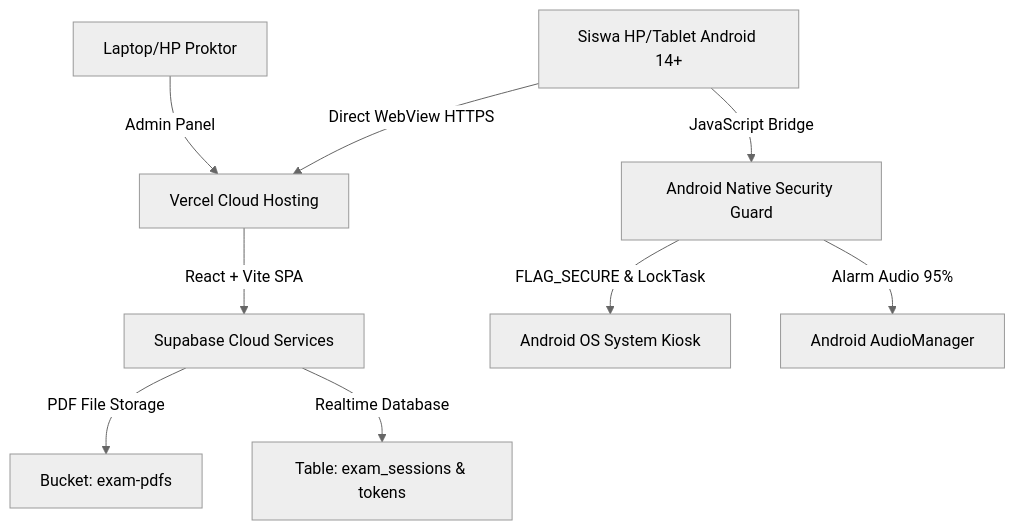
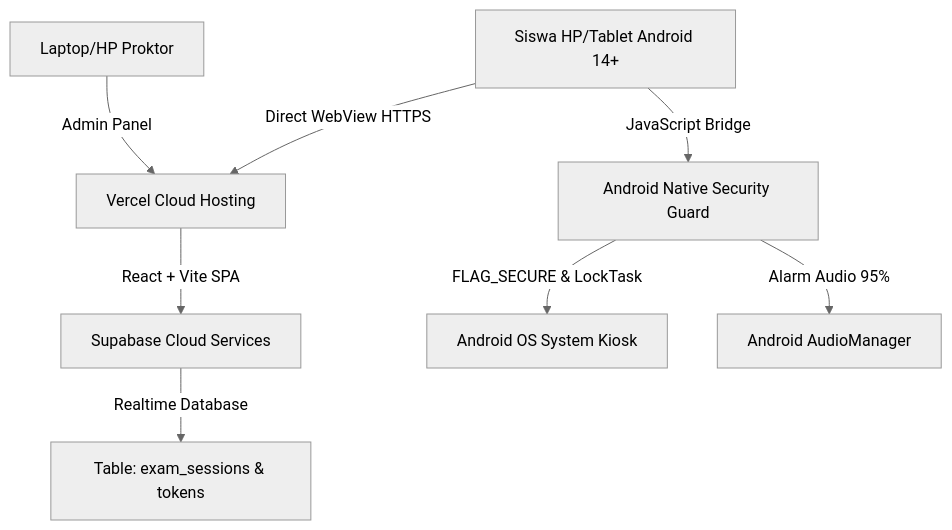
The first of 2 diagrams in Desain.md (adinrefqi/Sumatif-SMP-THHK-Github-by-AG), drawn with Mermaid (neutral theme) before and after one commit. The commit also changed other lines of this file and 18 other files, not shown here.

````diff
--- a/Desain.md
+++ b/Desain.md
@@ -10,11 +10,10 @@
 ```mermaid
 graph TD
     A[Siswa HP/Tablet Android 14+] -->|Direct WebView HTTPS| B[Vercel Cloud Hosting]
     B -->|React + Vite SPA| C[Supabase Cloud Services]
-    C -->|PDF File Storage| D[Bucket: exam-pdfs]
     C -->|Realtime Database| E[Table: exam_sessions & tokens]
     A -->|JavaScript Bridge| F[Android Native Security Guard]
     F -->|FLAG_SECURE & LockTask| G[Android OS System Kiosk]
     F -->|Alarm Audio 95%| H[Android AudioManager]
     I[Laptop/HP Proktor] -->|Admin Panel| B
 ```
````
